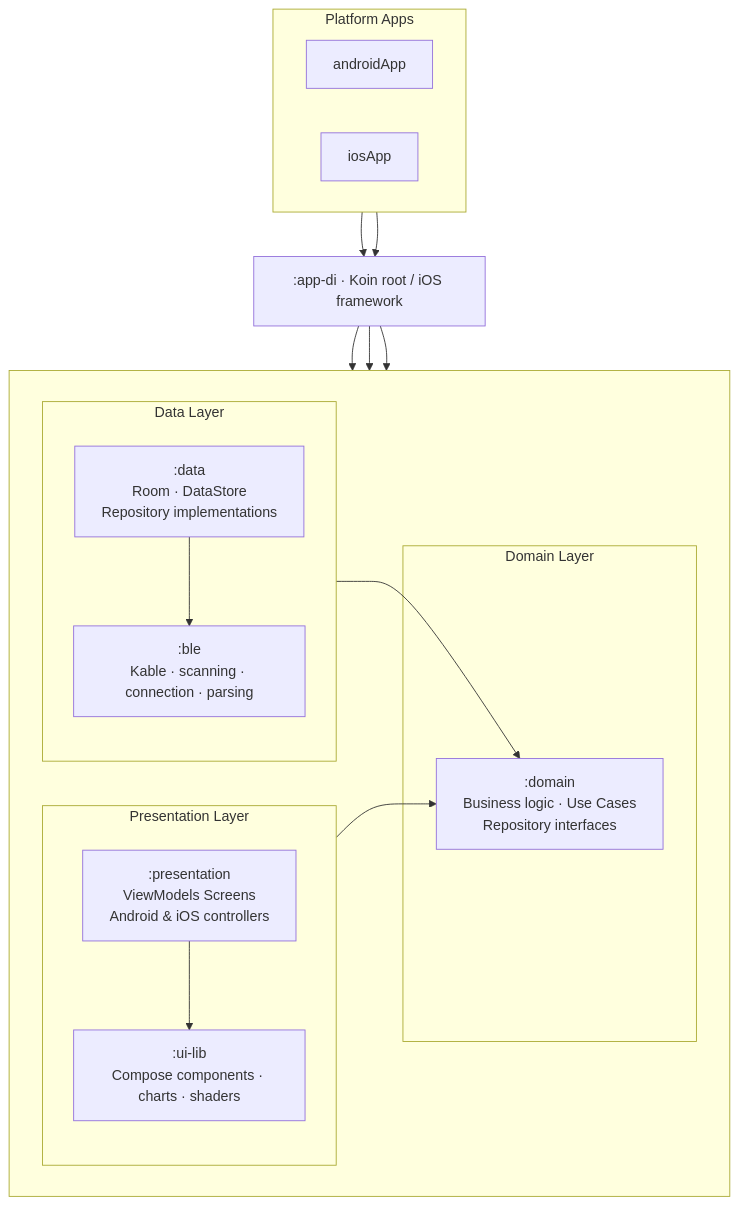
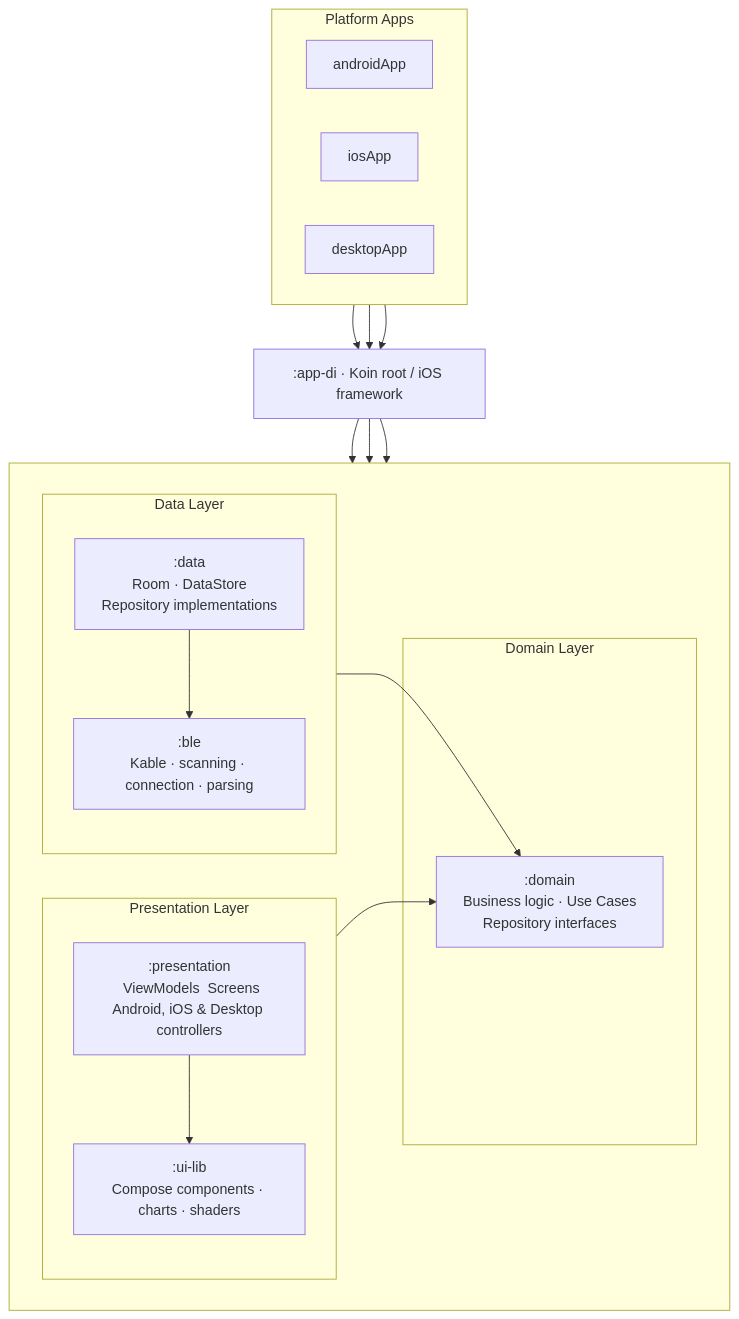
The first of 4 diagrams in README.md (AnatoliiChub/HRAM), drawn with Mermaid before and after one commit. The commit also changed other lines of this file and 80 other files, not shown here.

First line of the commit message:
Desktop app implemented. Mobile target implemented for presentation layer (#14)

````diff
--- a/README.md
+++ b/README.md
@@ -221,38 +241,40 @@
 ```mermaid
 flowchart TB
     subgraph Apps ["Platform Apps"]
         direction LR
         Android["androidApp"]
         iOS["iosApp"]
+        Desktop["desktopApp"]
     end
 
     AppDI[":app-di · Koin root / iOS framework"]
 
     subgraph Layers [" "]
         direction LR
         subgraph PL ["Presentation Layer"]
             direction TB
-            Presentation[":presentation</br> ViewModels  Screens</br>Android & iOS controllers"]
+            Presentation[":presentation</br> ViewModels  Screens</br>Android, iOS & Desktop controllers"]
             UILib[":ui-lib</br>Compose components · charts · shaders"]
         end
         subgraph DL ["Domain Layer"]
             Domain[":domain</br>Business logic · Use Cases</br>Repository interfaces"]
         end
         subgraph DAL ["Data Layer"]
             direction TB
             Data[":data</br>Room · DataStore</br>Repository implementations"]
             BLE[":ble</br>Kable · scanning · connection · parsing"]
         end
         PL ~~~ DL   
     end
 
     Android --> AppDI
     iOS --> AppDI
+    Desktop --> AppDI
     AppDI --> Presentation
     AppDI --> Data
     AppDI --> Domain
     Presentation --> Domain
     Presentation --> UILib
     Data --> Domain
     Data --> BLE
 ```
````
